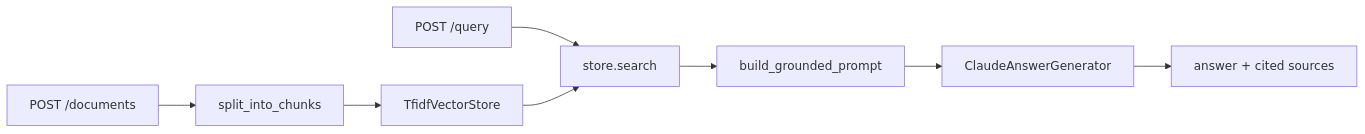
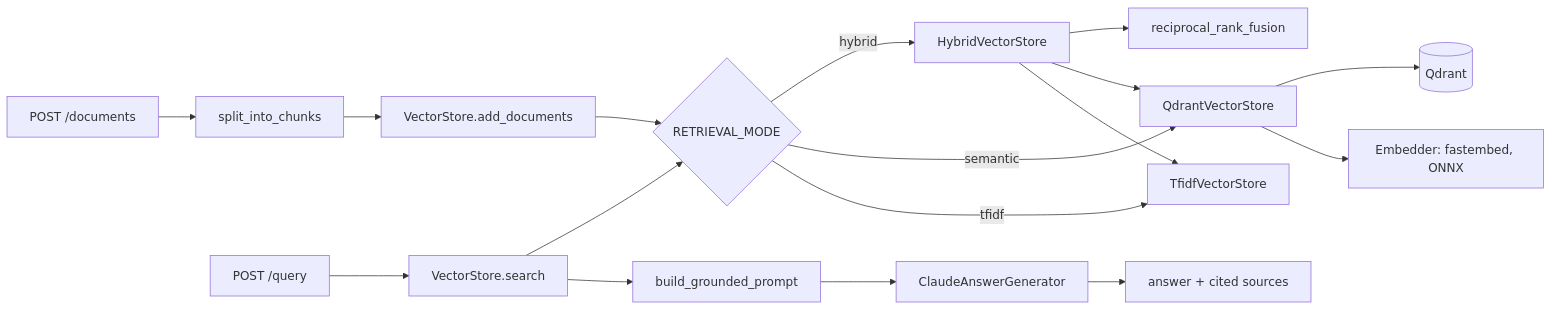
Before and after one commit to LacerdaTraderCode/rag-knowledge-assistant: the diagram in docs/architecture.md, drawn with Mermaid. The commit also changed other lines of this file, not shown here.

Commit message:
docs(architecture): describe the retrieval modes and update the scale notes

````diff
--- a/docs/architecture.md
+++ b/docs/architecture.md
@@ -3,10 +3,20 @@
 ```mermaid
 flowchart LR
     Ingest[POST /documents] --> Chunk[split_into_chunks]
-    Chunk --> Store[TfidfVectorStore]
-    Query[POST /query] --> Search[store.search]
-    Store --> Search
+    Chunk --> Add[VectorStore.add_documents]
+    Query[POST /query] --> Search[VectorStore.search]
     Search --> Prompt[build_grounded_prompt]
     Prompt --> Claude[ClaudeAnswerGenerator]
     Claude --> Response[answer + cited sources]
+
+    Add --> Mode{RETRIEVAL_MODE}
+    Search --> Mode
+    Mode -->|tfidf| Tfidf[TfidfVectorStore]
+    Mode -->|semantic| Semantic[QdrantVectorStore]
+    Mode -->|hybrid| Hybrid[HybridVectorStore]
+    Hybrid --> Tfidf
+    Hybrid --> Semantic
+    Hybrid --> Fusion[reciprocal_rank_fusion]
+    Semantic --> Embedder[Embedder: fastembed, ONNX]
+    Semantic --> Qdrant[(Qdrant)]
 ```
````
